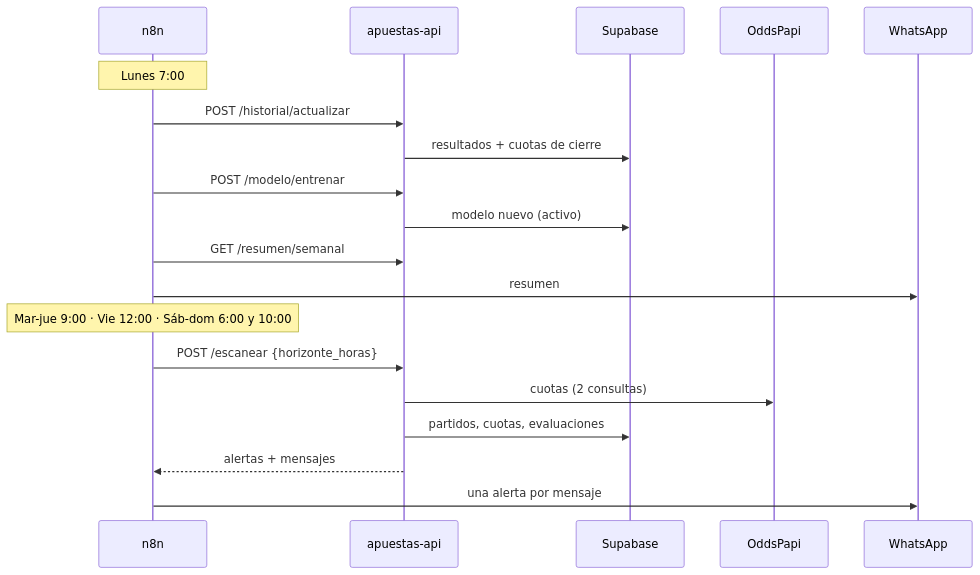
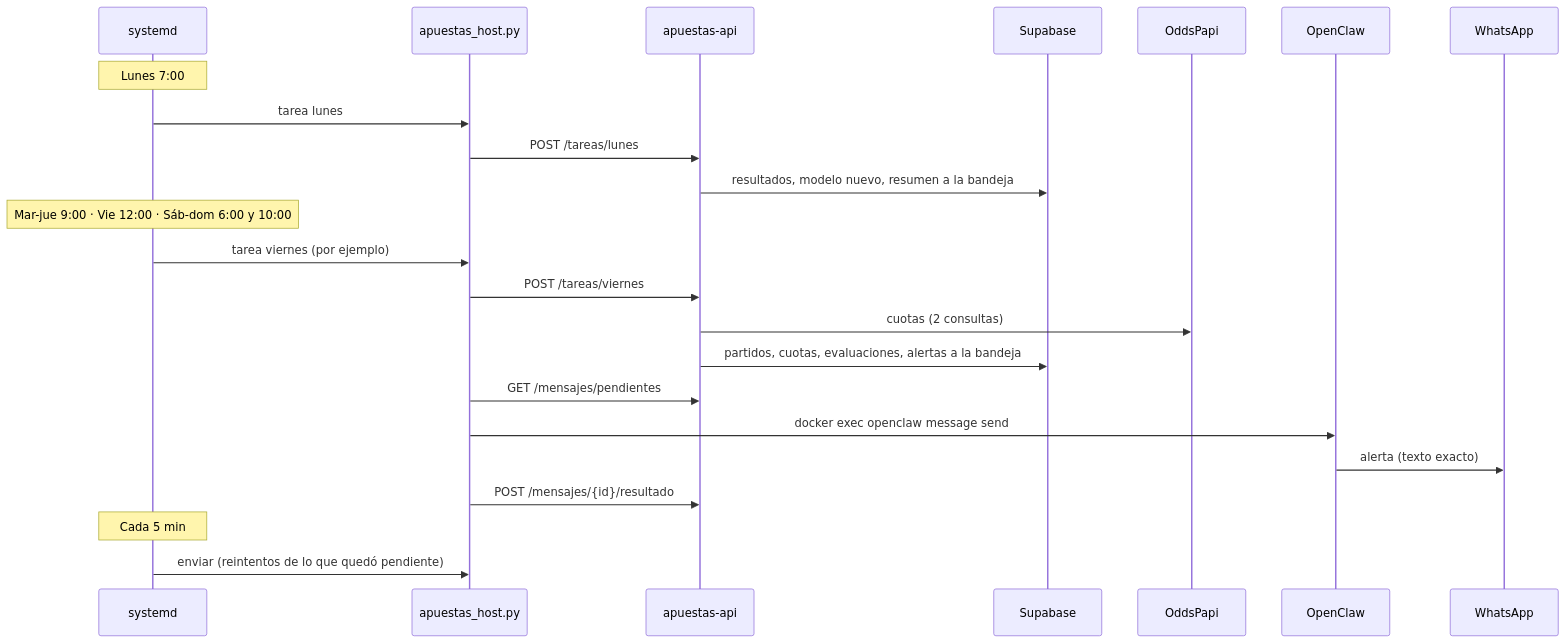
The second of 3 diagrams in 01-arquitectura/arquitectura.md (Oscar20024/apuestas-contexto), drawn with Mermaid before and after one commit. The commit also changed other lines of this file and 14 other files, not shown here.

````diff
--- a/01-arquitectura/arquitectura.md
+++ b/01-arquitectura/arquitectura.md
@@ -53,23 +54,28 @@
 ```mermaid
 sequenceDiagram
-    participant N as n8n
+    participant T as systemd
+    participant H as apuestas_host.py
     participant A as apuestas-api
     participant S as Supabase
     participant O as OddsPapi
+    participant C as OpenClaw
     participant W as WhatsApp
 
-    Note over N: Lunes 7:00
-    N->>A: POST /historial/actualizar
-    A->>S: resultados + cuotas de cierre
-    N->>A: POST /modelo/entrenar
-    A->>S: modelo nuevo (activo)
-    N->>A: GET /resumen/semanal
-    N->>W: resumen
+    Note over T: Lunes 7:00
+    T->>H: tarea lunes
+    H->>A: POST /tareas/lunes
+    A->>S: resultados, modelo nuevo, resumen a la bandeja
 
-    Note over N: Mar-jue 9:00 · Vie 12:00 · Sáb-dom 6:00 y 10:00
-    N->>A: POST /escanear {horizonte_horas}
+    Note over T: Mar-jue 9:00 · Vie 12:00 · Sáb-dom 6:00 y 10:00
+    T->>H: tarea viernes (por ejemplo)
+    H->>A: POST /tareas/viernes
     A->>O: cuotas (2 consultas)
-    A->>S: partidos, cuotas, evaluaciones
-    A-->>N: alertas + mensajes
-    N->>W: una alerta por mensaje
+    A->>S: partidos, cuotas, evaluaciones, alertas a la bandeja
+    H->>A: GET /mensajes/pendientes
+    H->>C: docker exec openclaw message send
+    C->>W: alerta (texto exacto)
+    H->>A: POST /mensajes/{id}/resultado
+
+    Note over T: Cada 5 min
+    T->>H: enviar (reintentos de lo que quedó pendiente)
 ```
````
